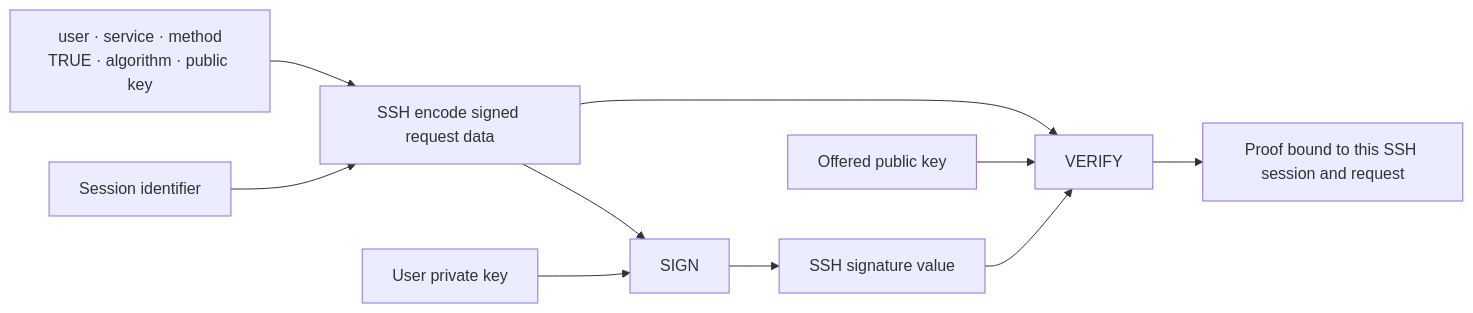
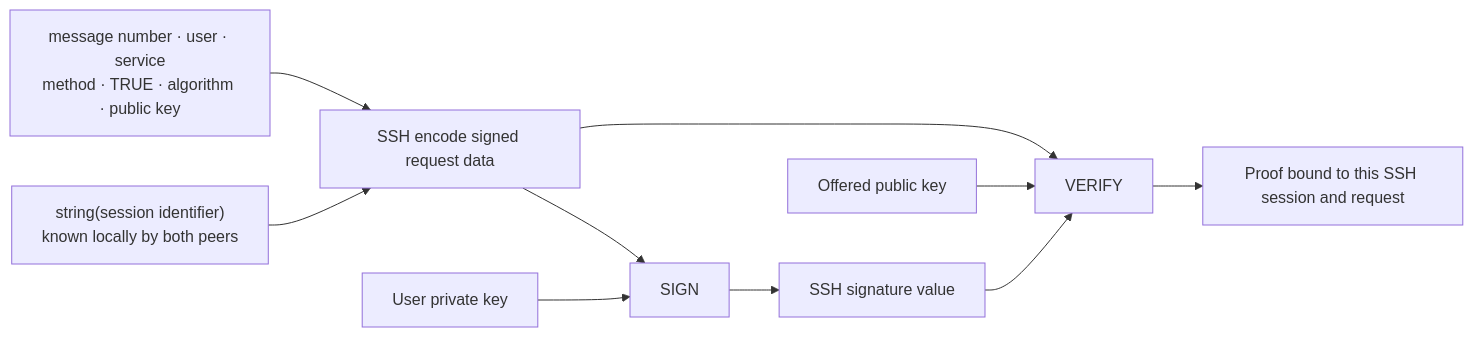
One commit to fornwall/ssh-protocol changed the fourth of 6 diagrams in src/user-authentication.md. Above: the diagram before and after it, drawn with Mermaid. The commit also changed other lines of this file and 16 other files, not shown here.

````diff
--- a/src/user-authentication.md
+++ b/src/user-authentication.md
@@ -140,13 +148,13 @@
 ```mermaid
 flowchart LR
-    SID["Session identifier"] --> Encode["SSH encode signed request data"]
-    Req["user · service · method<br/>TRUE · algorithm · public key"] --> Encode
+    SID["string(session identifier)<br/>known locally by both peers"] --> Encode["SSH encode signed request data"]
+    Req["message number · user · service<br/>method · TRUE · algorithm · public key"] --> Encode
     Encode --> Sign["SIGN"]
     Private["User private key"] --> Sign
     Sign --> Signature["SSH signature value"]
 
     Signature --> Verify["VERIFY"]
     Public["Offered public key"] --> Verify
     Encode --> Verify
     Verify --> Proof["Proof bound to this SSH session and request"]
 ```
````
